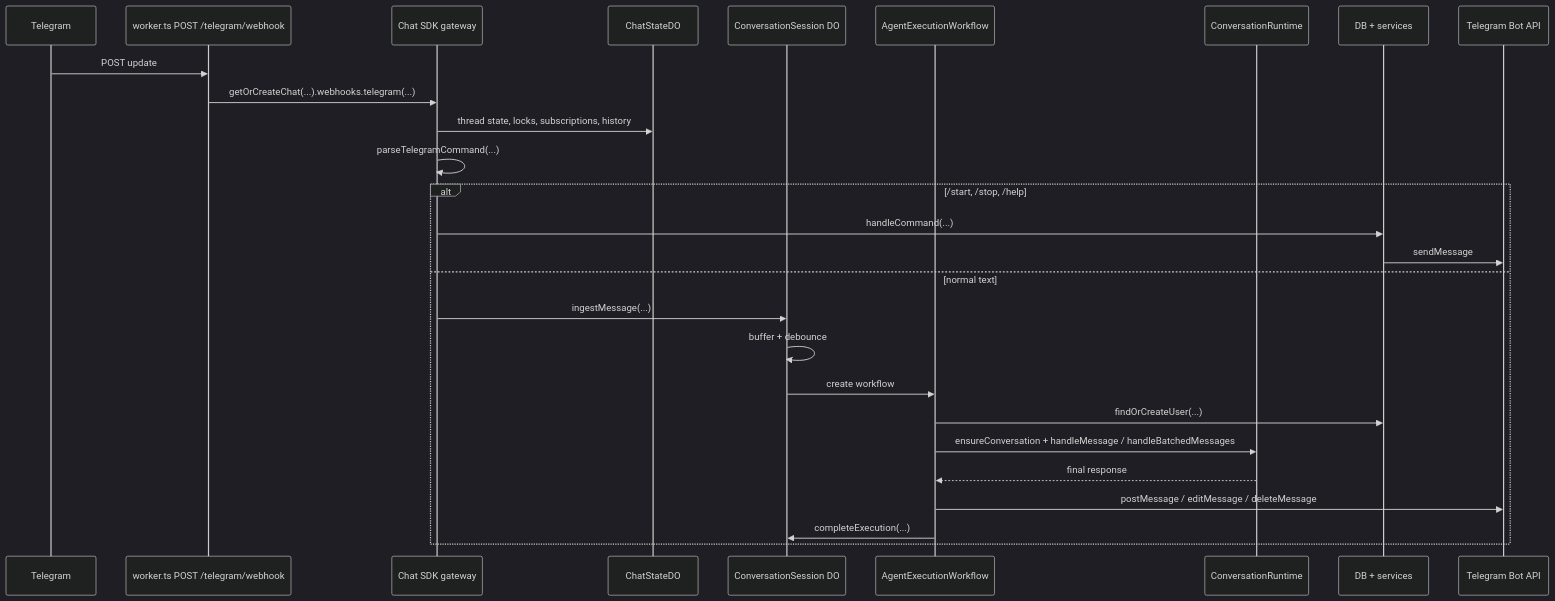
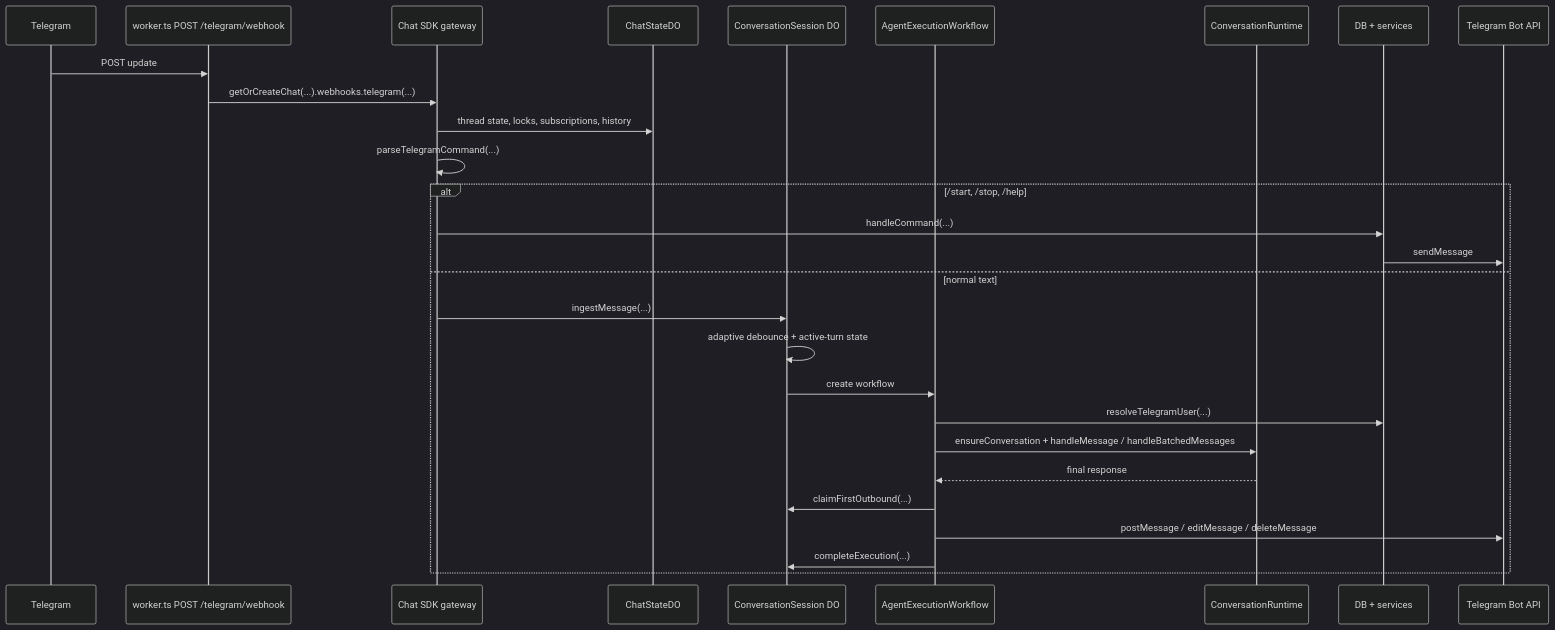
The first of 4 diagrams in docs/channels/telegram.md (punitarani/amby), drawn with Mermaid (dark theme) before and after one commit. The commit also changed other lines of this file and 23 other files, not shown here.

````diff
--- a/docs/channels/telegram.md
+++ b/docs/channels/telegram.md
@@ -44,31 +42,32 @@
 ```mermaid
 sequenceDiagram
     participant TG as Telegram
     participant WH as worker.ts POST /telegram/webhook
     participant SDK as Chat SDK gateway
     participant State as ChatStateDO
     participant Sess as ConversationSession DO
     participant WF as AgentExecutionWorkflow
     participant Agent as ConversationRuntime
     participant DB as DB + services
     participant API as Telegram Bot API
 
     TG->>WH: POST update
     WH->>SDK: getOrCreateChat(...).webhooks.telegram(...)
     SDK->>State: thread state, locks, subscriptions, history
     SDK->>SDK: parseTelegramCommand(...)
 
     alt /start, /stop, /help
         SDK->>DB: handleCommand(...)
         DB->>API: sendMessage
     else normal text
         SDK->>Sess: ingestMessage(...)
-        Sess->>Sess: buffer + debounce
+        Sess->>Sess: adaptive debounce + active-turn state
         Sess->>WF: create workflow
-        WF->>DB: findOrCreateUser(...)
+        WF->>DB: resolveTelegramUser(...)
         WF->>Agent: ensureConversation + handleMessage / handleBatchedMessages
         Agent-->>WF: final response
+        WF->>Sess: claimFirstOutbound(...)
         WF->>API: postMessage / editMessage / deleteMessage
         WF->>Sess: completeExecution(...)
     end
 ```
````
